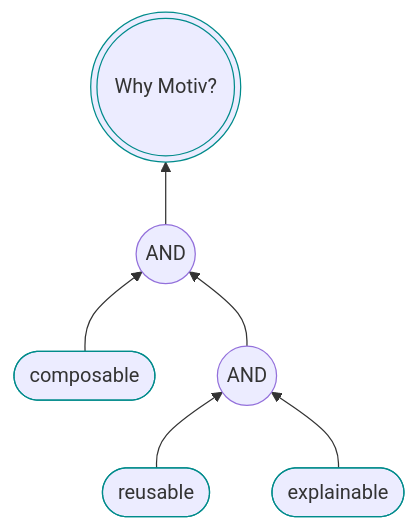
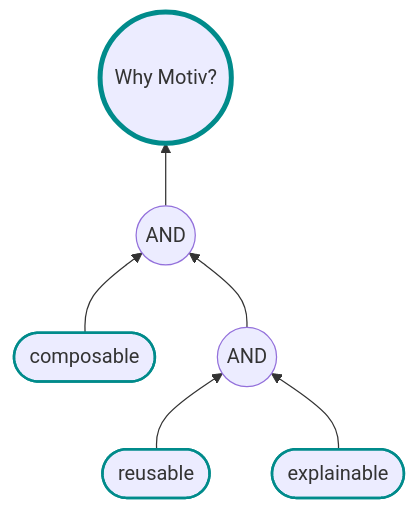
One commit to karlssberg/Motiv changed the first of 5 diagrams in index.md. Above: the diagram before and after it, drawn with Mermaid. The commit also changed other lines of this file and 8 other files, not shown here.

Commit message:
restyled diagrams corrected typos

````diff
--- a/index.md
+++ b/index.md
@@ -5,15 +5,15 @@
 ```mermaid
 flowchart BT
 
-    A --> P(((&nbsp;Why Motiv?&nbsp;)))
+    A --> P((&nbsp;Why Motiv?&nbsp;))
     B([composable]) --> A((AND))
     C((AND)) --> A
     D([reusable]) --> C
     E([explainable]) --> C
 
 
-    style E stroke:darkcyan
-    style D stroke:darkcyan
-    style B stroke:darkcyan
-    style P stroke:darkcyan
+    style E stroke:darkcyan,stroke-width:2px
+    style D stroke:darkcyan,stroke-width:2px
+    style B stroke:darkcyan,stroke-width:2px
+    style P stroke:darkcyan,stroke-width:4px
 ```
````
